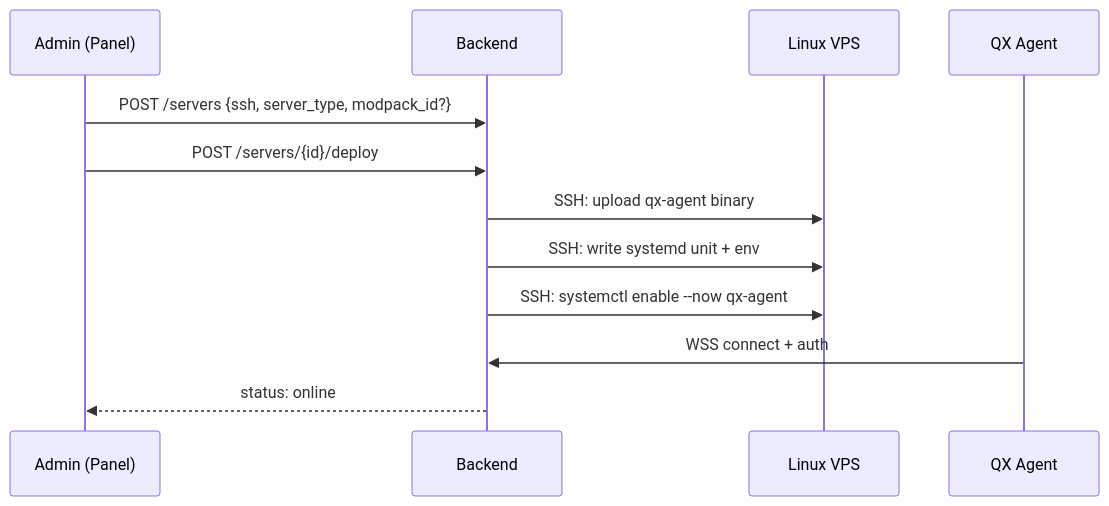
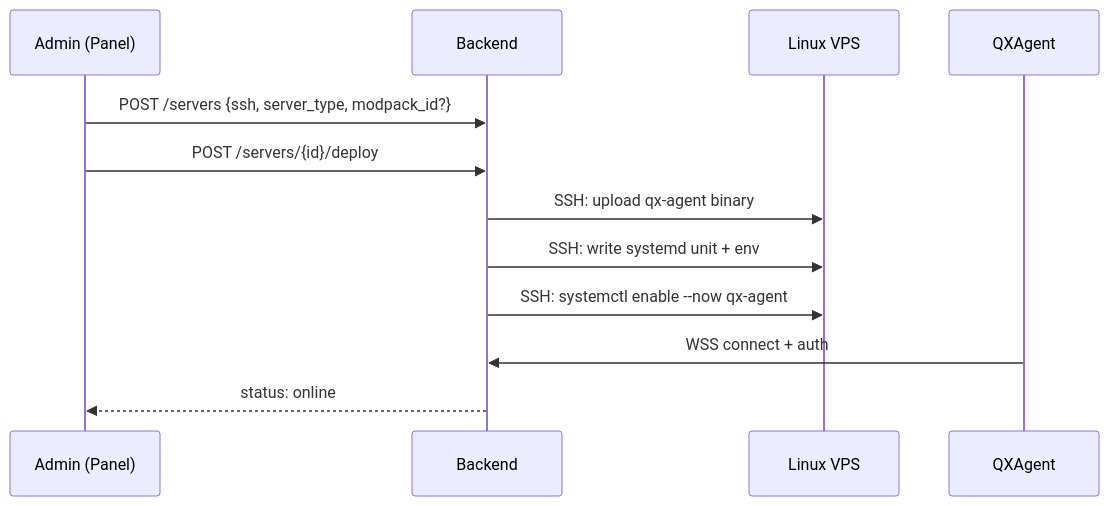
Before and after one commit to mindevis/qx-project: the first of 2 diagrams in docs/agent-protocol.md, drawn with Mermaid. The commit also changed other lines of this file and 14 other files, not shown here.

````diff
--- a/docs/agent-protocol.md
+++ b/docs/agent-protocol.md
@@ -29,15 +29,15 @@
 ```mermaid
 sequenceDiagram
     participant U as Admin (Panel)
     participant API as Backend
     participant VPS as Linux VPS
-    participant A as QX Agent
+    participant A as QXAgent
 
     U->>API: POST /servers {ssh, server_type, modpack_id?}
     U->>API: POST /servers/{id}/deploy
     API->>VPS: SSH: upload qx-agent binary
     API->>VPS: SSH: write systemd unit + env
     API->>VPS: SSH: systemctl enable --now qx-agent
     A->>API: WSS connect + auth
     API-->>U: status: online
 ```
````
